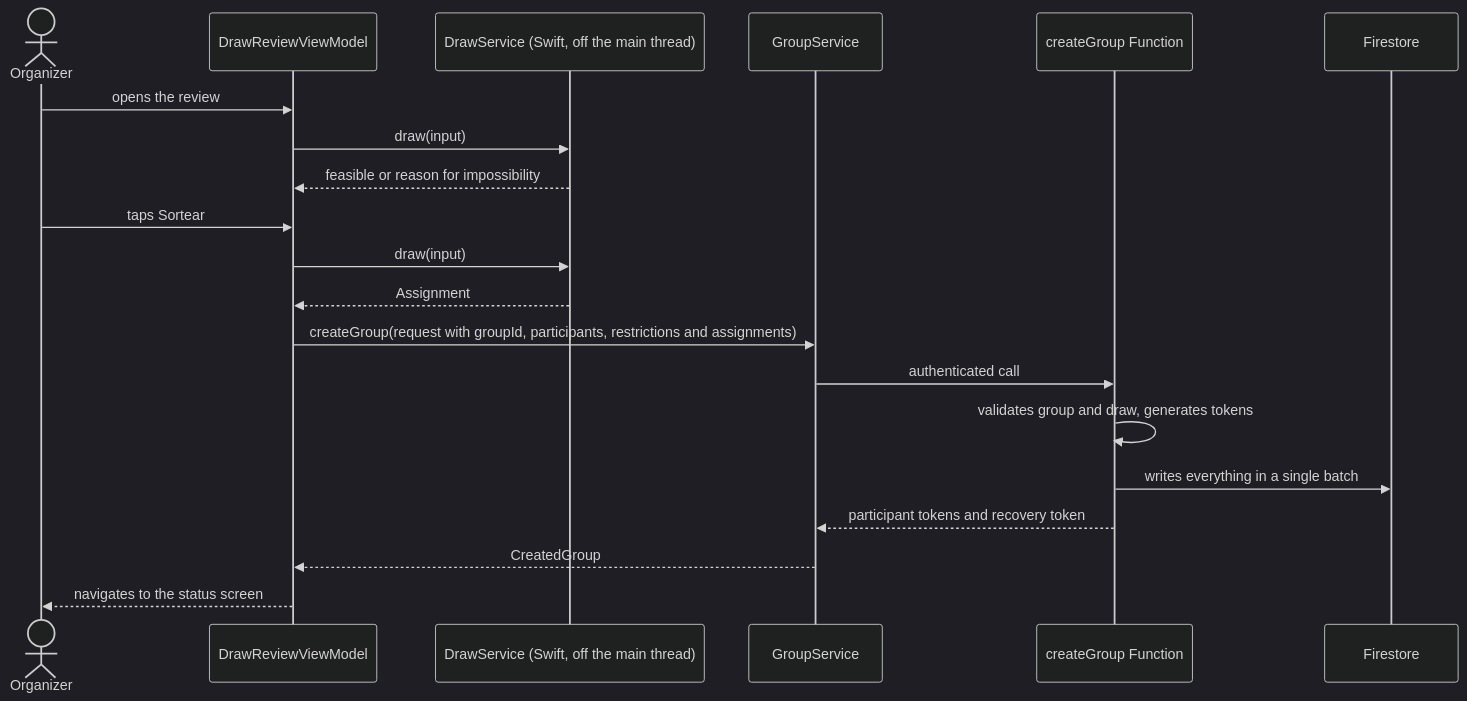
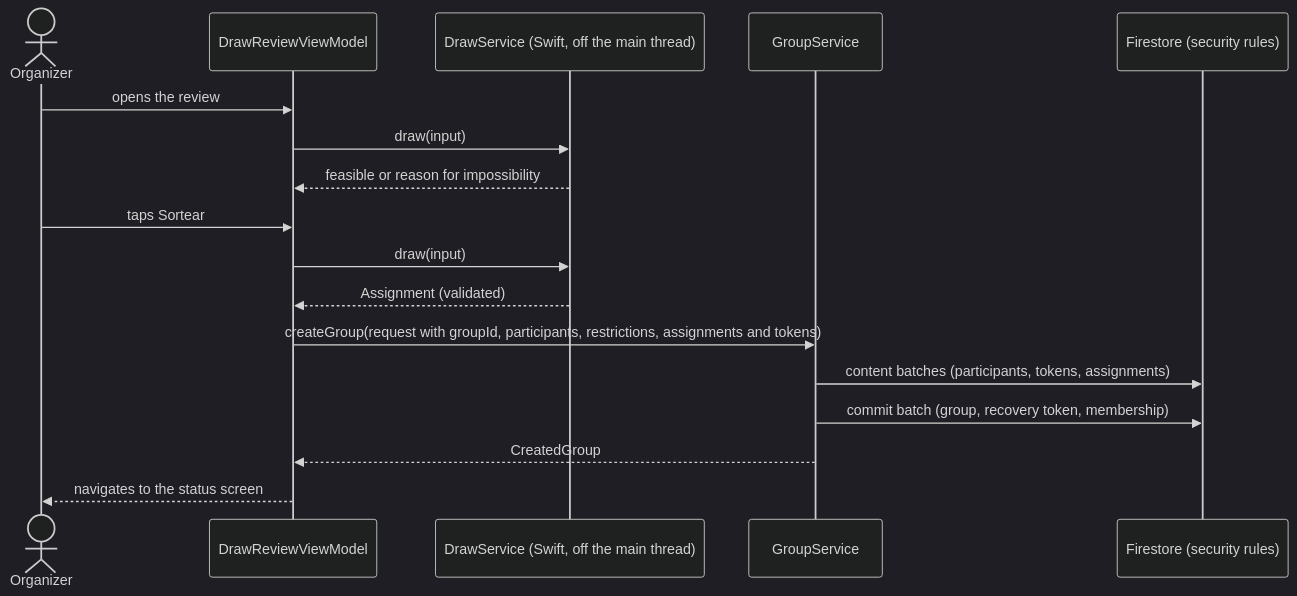
Before and after one commit to GabrielRomanoDev/Sortix: the first of 3 diagrams in docs/SPEC.md, drawn with Mermaid (dark theme). The commit also changed other lines of this file and 1 other file, not shown here.

````diff
--- a/docs/SPEC.md
+++ b/docs/SPEC.md
@@ -294,22 +297,19 @@
 ```mermaid
 sequenceDiagram
     actor O as Organizer
     participant VM as DrawReviewViewModel
     participant DS as DrawService (Swift, off the main thread)
     participant GS as GroupService
-    participant CF as createGroup Function
-    participant DB as Firestore
+    participant DB as Firestore (security rules)
     O->>VM: opens the review
     VM->>DS: draw(input)
     DS-->>VM: feasible or reason for impossibility
     O->>VM: taps Sortear
     VM->>DS: draw(input)
-    DS-->>VM: Assignment
-    VM->>GS: createGroup(request with groupId, participants, restrictions and assignments)
-    GS->>CF: authenticated call
-    CF->>CF: validates group and draw, generates tokens
-    CF->>DB: writes everything in a single batch
-    CF-->>GS: participant tokens and recovery token
+    DS-->>VM: Assignment (validated)
+    VM->>GS: createGroup(request with groupId, participants, restrictions, assignments and tokens)
+    GS->>DB: content batches (participants, tokens, assignments)
+    GS->>DB: commit batch (group, recovery token, membership)
     GS-->>VM: CreatedGroup
     VM-->>O: navigates to the status screen
 ```
````
